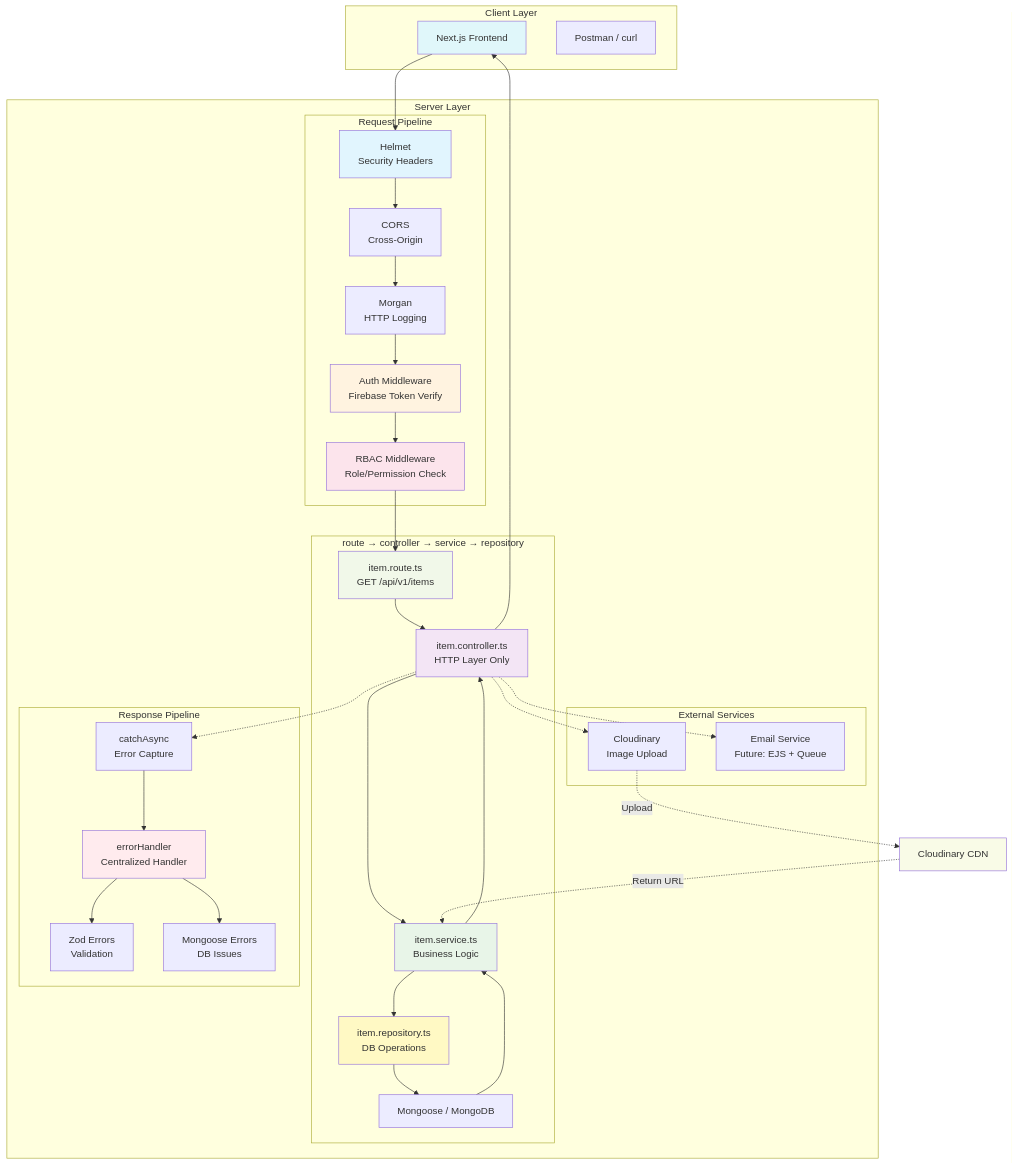
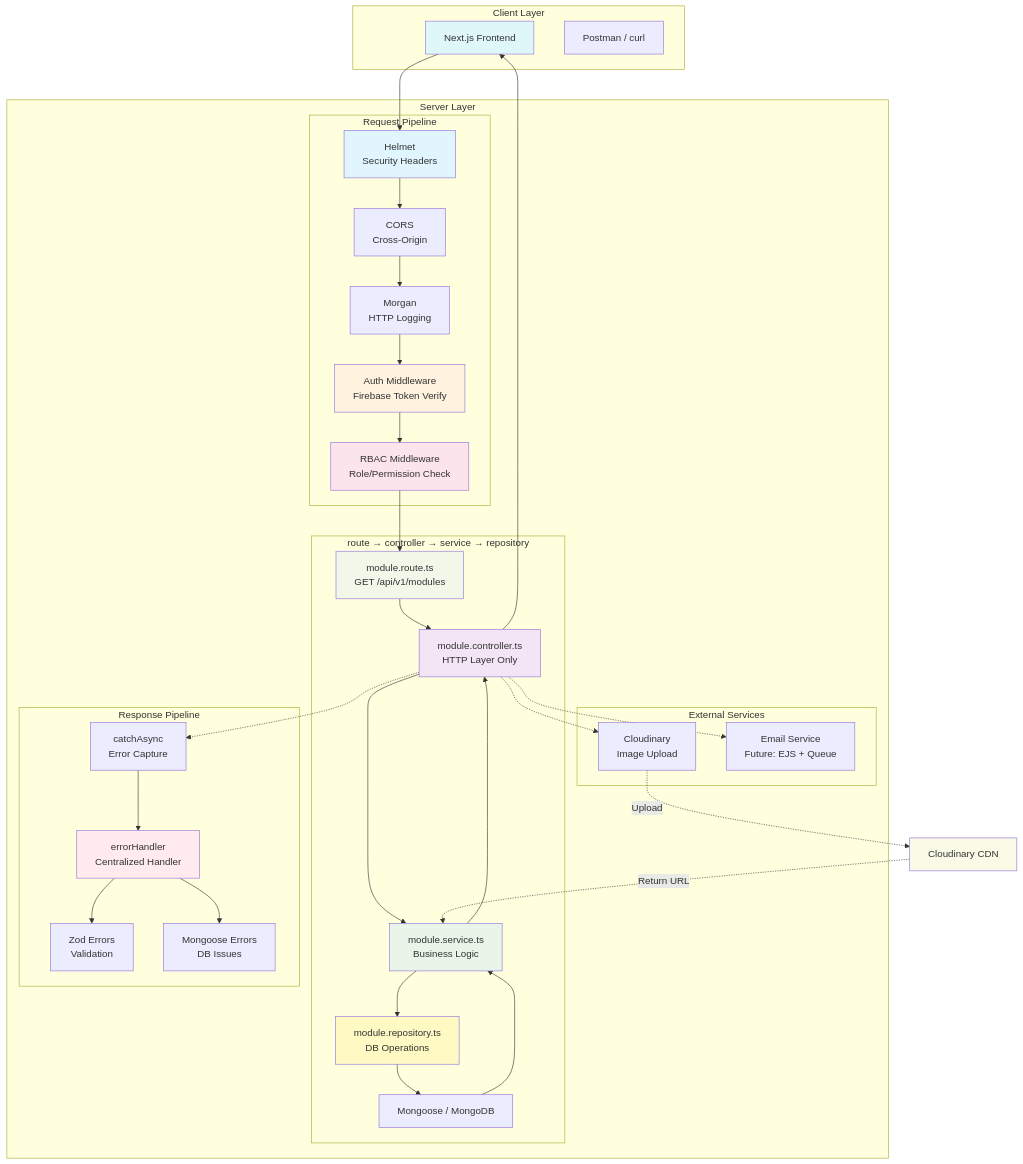
Before and after one commit to Sarwarhridoy4/StudyVault: the ninth of 16 diagrams in README.md, drawn with Mermaid. The commit also changed other lines of this file and 36 other files, not shown here.

First line of the commit message:
Refactor: study→course, item→module with linking capability

````diff
--- a/README.md
+++ b/README.md
@@ -669,72 +789,72 @@
 ```mermaid
 graph TB
     subgraph "Client Layer"
         C1[Next.js Frontend]
         C2[Postman / curl]
     end
 
     subgraph "Server Layer"
         subgraph "Request Pipeline"
             R1[Helmet<br/>Security Headers]
             R2[CORS<br/>Cross-Origin]
             R3[Morgan<br/>HTTP Logging]
             R4[Auth Middleware<br/>Firebase Token Verify]
             R5[RBAC Middleware<br/>Role/Permission Check]
         end
 
-        subgraph "route → controller → service → repository"
-            H1[item.route.ts<br/>GET /api/v1/items]
-            H2[item.controller.ts<br/>HTTP Layer Only]
-            H3[item.service.ts<br/>Business Logic]
-            H4[item.repository.ts<br/>DB Operations]
-            H5[Mongoose / MongoDB]
-        end
+         subgraph "route → controller → service → repository"
+             H1[module.route.ts<br/>GET /api/v1/modules]
+             H2[module.controller.ts<br/>HTTP Layer Only]
+             H3[module.service.ts<br/>Business Logic]
+             H4[module.repository.ts<br/>DB Operations]
+             H5[Mongoose / MongoDB]
+         end
 
         subgraph "Response Pipeline"
             E1[catchAsync<br/>Error Capture]
             E2[errorHandler<br/>Centralized Handler]
             E3[Zod Errors<br/>Validation]
             E4[Mongoose Errors<br/>DB Issues]
         end
 
         subgraph "External Services"
             S1[Cloudinary<br/>Image Upload]
             S2[Email Service<br/>Future: EJS + Queue]
         end
     end
 
     C1 --> R1
     R1 --> R2
     R2 --> R3
     R3 --> R4
     R4 --> R5
     R5 --> H1
     H1 --> H2
     H2 --> H3
     H3 --> H4
     H4 --> H5
     H2 -.-> E1
     E1 --> E2
     E2 --> E3
     E2 --> E4
     H2 -.-> S1
     H2 -.-> S2
 
     H5 --> H3
     H3 --> H2
     H2 --> C1
 
     S1 -.->|Upload| Cloudinary[Cloudinary CDN]
     Cloudinary -.->|Return URL| H3
 
     style R1 fill:#e1f5fe
     style R4 fill:#fff3e0
     style R5 fill:#fce4ec
     style H1 fill:#f1f8e9
     style H2 fill:#f3e5f5
     style H3 fill:#e8f5e8
     style H4 fill:#fff9c4
     style E2 fill:#ffebee
     style C1 fill:#e0f7fa
     style Cloudinary fill:#f9fbe7
 ```
````
